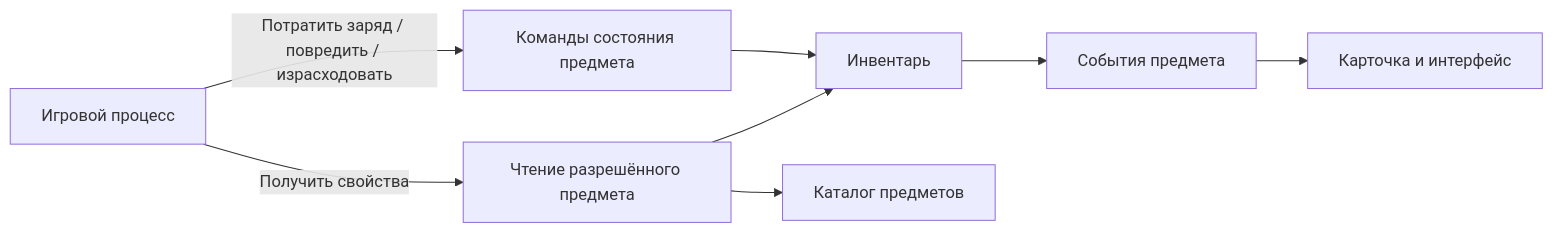
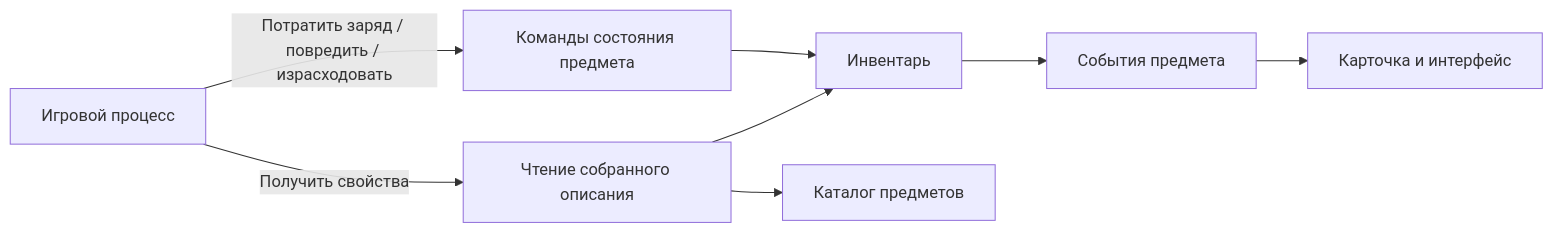
One commit to Gl-lab/PathfinderStore changed the second of 3 diagrams in MemoryBank/20_domain/store/target_architecture_togaf.md. Above: the diagram before and after it, drawn with Mermaid. The commit also changed other lines of this file and 19 other files, not shown here.

````diff
--- a/MemoryBank/20_domain/store/target_architecture_togaf.md
+++ b/MemoryBank/20_domain/store/target_architecture_togaf.md
@@ -318,18 +318,18 @@
 ```mermaid
 flowchart LR
     Gameplay["Игровой процесс"]
-    Reader["Чтение разрешённого предмета"]
+    Reader["Чтение собранного описания"]
     Commands["Команды состояния предмета"]
     Inventory["Инвентарь"]
     Catalog["Каталог предметов"]
     Events["События предмета"]
     Views["Карточка и интерфейс"]
 
     Gameplay -->|"Получить свойства"| Reader
     Reader --> Inventory
     Reader --> Catalog
     Gameplay -->|"Потратить заряд / повредить / израсходовать"| Commands
     Commands --> Inventory
     Inventory --> Events
     Events --> Views
 ```
````
